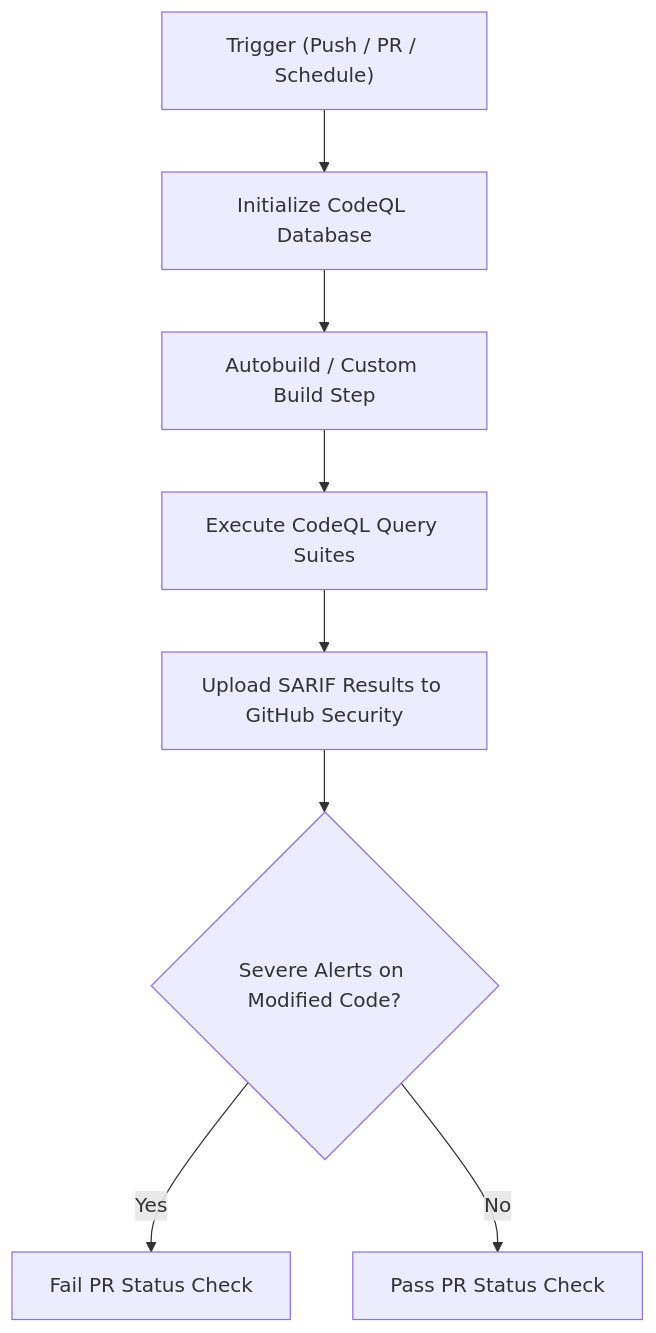
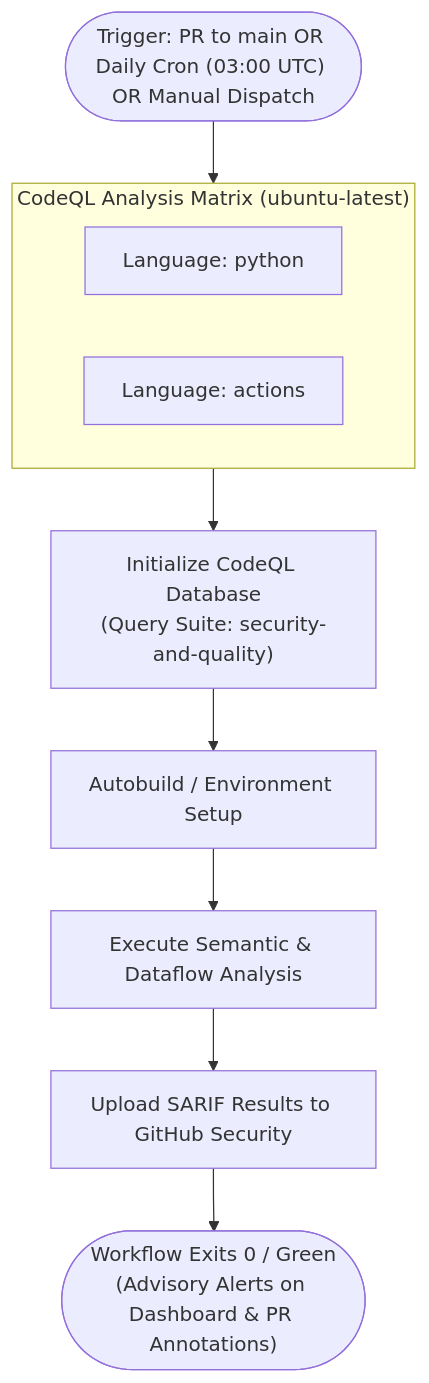
Before and after one commit to JuniorThanhBQ/AIJMC-JPRA: the diagram in docs/SAD/CICD/CICD-004-codeql-workflow.md, drawn with Mermaid. The commit also changed other lines of this file and 10 other files, not shown here.

Commit message:
Documentation: Add six CI/CD workflows document in Software Architectures Document

````diff
--- a/docs/SAD/CICD/CICD-004-codeql-workflow.md
+++ b/docs/SAD/CICD/CICD-004-codeql-workflow.md
@@ -45,10 +46,15 @@
 ```mermaid
 flowchart TD
-    A["Trigger (Push / PR / Schedule)"] --> B["Initialize CodeQL Database"]
-    B --> C["Autobuild / Custom Build Step"]
-    C --> D["Execute CodeQL Query Suites"]
-    D --> E["Upload SARIF Results to GitHub Security"]
-    E --> F{"Severe Alerts on Modified Code?"}
-    F -->|Yes| G["Fail PR Status Check"]
-    F -->|No| H["Pass PR Status Check"]
+    Trigger(["Trigger: PR to main OR Daily Cron (03:00 UTC) OR Manual Dispatch"]) --> Matrix
+
+    subgraph Matrix ["CodeQL Analysis Matrix (ubuntu-latest)"]
+        L1["Language: python"]
+        L2["Language: actions"]
+    end
+
+    Matrix --> Init["Initialize CodeQL Database<br/>(Query Suite: security-and-quality)"]
+    Init --> Autobuild["Autobuild / Environment Setup"]
+    Autobuild --> Analyze["Execute Semantic & Dataflow Analysis"]
+    Analyze --> Upload["Upload SARIF Results to GitHub Security"]
+    Upload --> Complete(["Workflow Exits 0 / Green<br/>(Advisory Alerts on Dashboard & PR Annotations)"])
 ```
````
